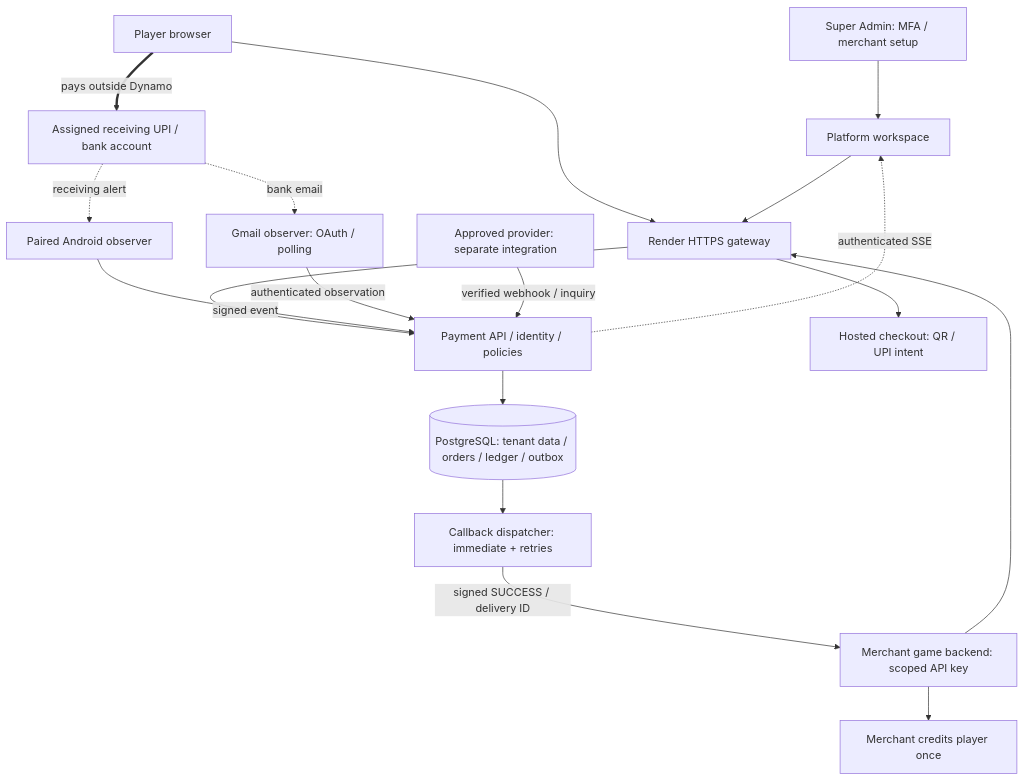
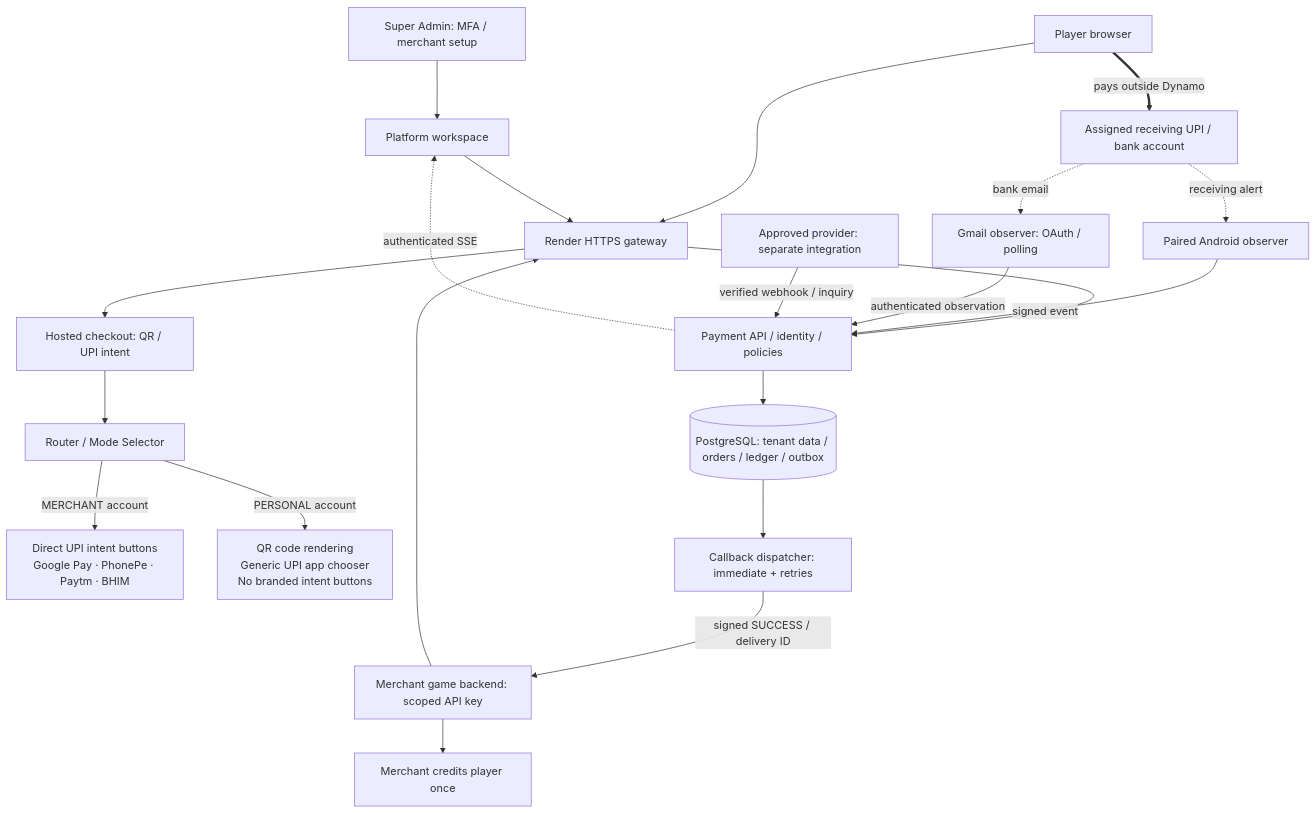
The diagram in docs/system/Dynamo-Pay-System-Design.mmd (Tashima-Tarsh/24-7-pay-system), drawn with Mermaid before and after one commit. The commit also changed 10 other files, not shown here.

First line of the commit message:
fix: address architecture diagram gaps, SSE reconnection, schema versioning, UPI tid parameter, network binding docs

```diff
--- a/docs/system/Dynamo-Pay-System-Design.mmd
+++ b/docs/system/Dynamo-Pay-System-Design.mmd
@@ -1,18 +1,21 @@
 flowchart TB
   SA[Super Admin: MFA / merchant setup] --> UI[Platform workspace]
   M[Merchant game backend: scoped API key] --> GW[Render HTTPS gateway]
   U[Player browser] --> GW
   UI --> GW
   GW --> API[Payment API / identity / policies]
   GW --> CO[Hosted checkout: QR / UPI intent]
+  CO --> RM[Router / Mode Selector]
+  RM -->|MERCHANT account| MI[Direct UPI intent buttons<br/>Google Pay · PhonePe · Paytm · BHIM]
+  RM -->|PERSONAL account| PC[QR code rendering<br/>Generic UPI app chooser<br/>No branded intent buttons]
   U == pays outside Dynamo ==> BANK[Assigned receiving UPI / bank account]
   BANK -. receiving alert .-> PHONE[Paired Android observer]
   BANK -. bank email .-> GM[Gmail observer: OAuth / polling]
   PHONE -->|signed event| API
   GM -->|authenticated observation| API
   P[Approved provider: separate integration] -->|verified webhook / inquiry| API
   API --> DB[(PostgreSQL: tenant data / orders / ledger / outbox)]
   DB --> CB[Callback dispatcher: immediate + retries]
   CB -->|signed SUCCESS / delivery ID| M
   M --> WALLET[Merchant credits player once]
   API -. authenticated SSE .-> UI
```
